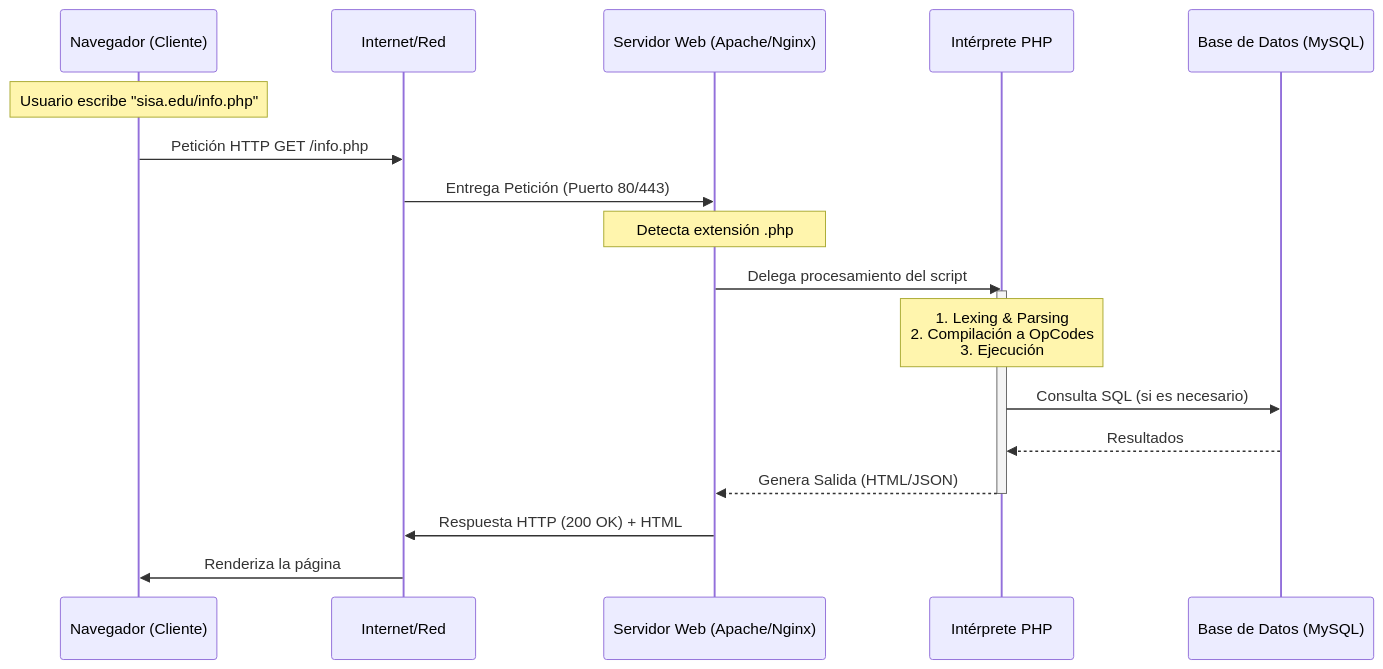
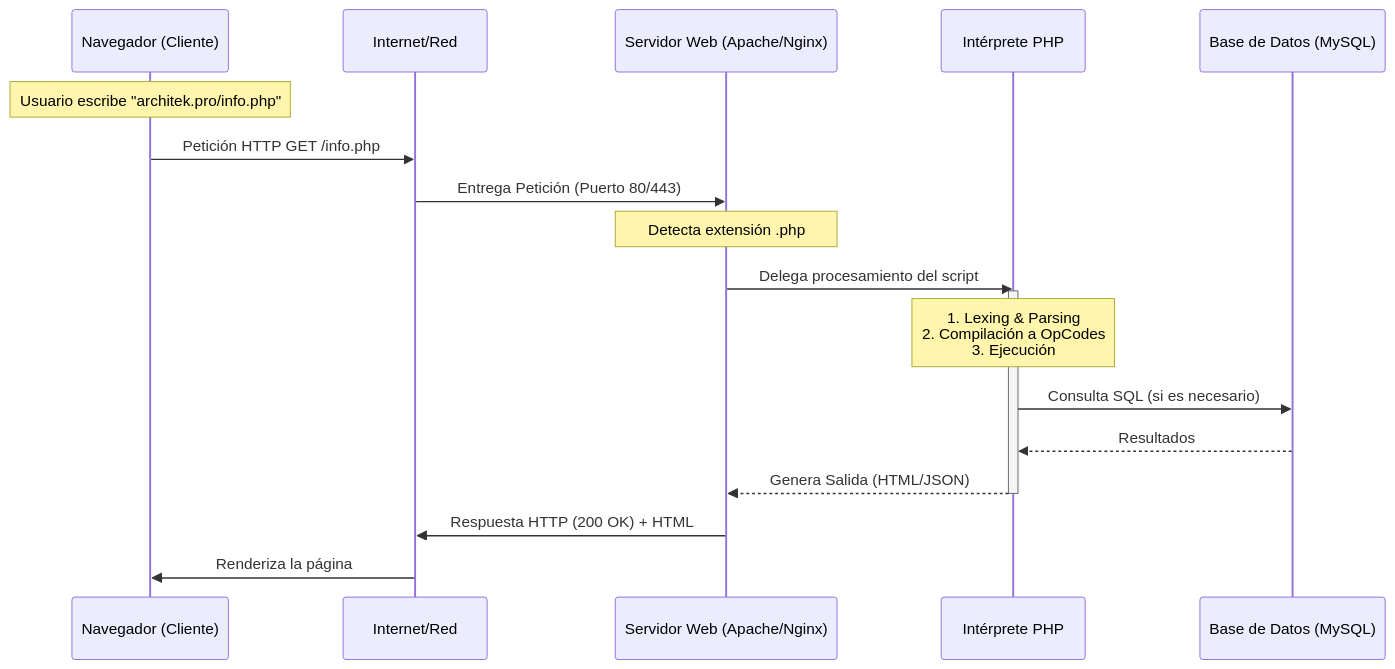
Before and after one commit to php-programming/lenguaje-2: the diagram in docs/Unidad_3/01_Entorno_y_Arquitectura/3.1_Arquitectura_Cliente_Servidor.md, drawn with Mermaid. The commit also changed 20 other files, not shown here.

First line of the commit message:
feat: arreglar los esquemas de mermaid y las tablas.

````diff
--- a/docs/Unidad_3/01_Entorno_y_Arquitectura/3.1_Arquitectura_Cliente_Servidor.md
+++ b/docs/Unidad_3/01_Entorno_y_Arquitectura/3.1_Arquitectura_Cliente_Servidor.md
@@ -17,25 +17,25 @@
 ```mermaid
 sequenceDiagram
     participant Cliente as Navegador (Cliente)
     participant Red as Internet/Red
     participant WebServer as Servidor Web (Apache/Nginx)
     participant PHP as Intérprete PHP
     participant DB as Base de Datos (MySQL)
 
-    Note over Cliente: Usuario escribe "sisa.edu/info.php"
+    Note over Cliente: Usuario escribe "architek.pro/info.php"
     Cliente->>Red: Petición HTTP GET /info.php
     Red->>WebServer: Entrega Petición (Puerto 80/443)
     
     Note over WebServer: Detecta extensión .php
     WebServer->>PHP: Delega procesamiento del script
     
     activate PHP
     Note over PHP: 1. Lexing & Parsing<br>2. Compilación a OpCodes<br>3. Ejecución
     PHP->>DB: Consulta SQL (si es necesario)
     DB-->>PHP: Resultados
     PHP-->>WebServer: Genera Salida (HTML/JSON)
     deactivate PHP
     
     WebServer->>Red: Respuesta HTTP (200 OK) + HTML
     Red->>Cliente: Renderiza la página
 ```
````
